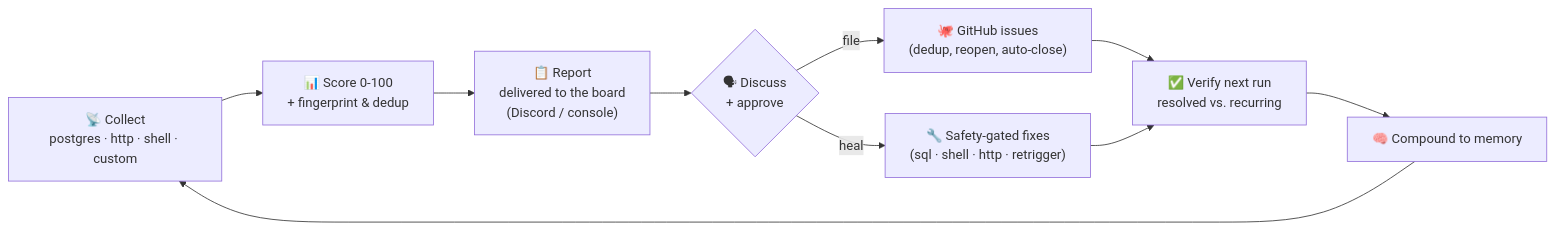
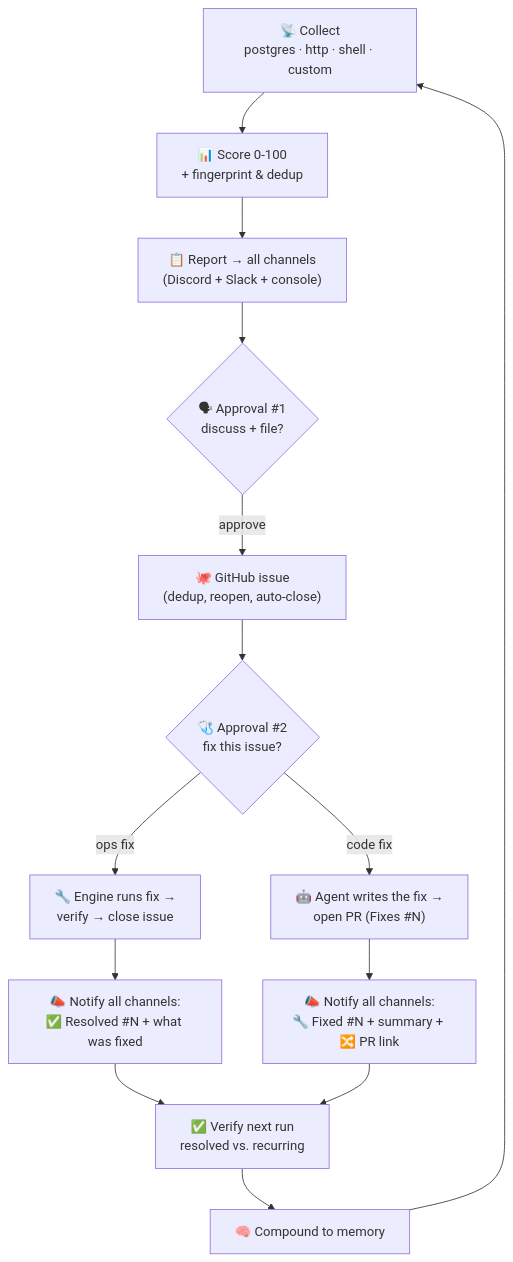
The diagram in README.md (ankit4479/health-check-plugin), drawn with Mermaid before and after one commit. The commit also changed other lines of this file and 14 other files, not shown here.

First line of the commit message:
Add GitHub-issue-driven healer loop, PR creation, and multi-channel delivery

````diff
--- a/README.md
+++ b/README.md
@@ -24,12 +24,16 @@
 ```mermaid
-flowchart LR
+flowchart TB
     C["📡 Collect<br/>postgres · http · shell · custom"] --> S["📊 Score 0-100<br/>+ fingerprint & dedup"]
-    S --> R["📋 Report<br/>delivered to the board<br/>(Discord / console)"]
-    R --> D{"🗣 Discuss<br/>+ approve"}
-    D -->|file| G["🐙 GitHub issues<br/>(dedup, reopen, auto-close)"]
-    D -->|heal| H["🔧 Safety-gated fixes<br/>(sql · shell · http · retrigger)"]
-    G --> V["✅ Verify next run<br/>resolved vs. recurring"]
-    H --> V
+    S --> R["📋 Report → all channels<br/>(Discord + Slack + console)"]
+    R --> D1{"🗣 Approval #1<br/>discuss + file?"}
+    D1 -->|approve| G["🐙 GitHub issue<br/>(dedup, reopen, auto-close)"]
+    G --> D2{"🩺 Approval #2<br/>fix this issue?"}
+    D2 -->|"ops fix"| H["🔧 Engine runs fix →<br/>verify → close issue"]
+    D2 -->|"code fix"| A["🤖 Agent writes the fix →<br/>open PR (Fixes #N)"]
+    H --> N["📣 Notify all channels:<br/>✅ Resolved #N + what was fixed"]
+    A --> NP["📣 Notify all channels:<br/>🔧 Fixed #N + summary + 🔀 PR link"]
+    N --> V["✅ Verify next run<br/>resolved vs. recurring"]
+    NP --> V
     V --> M["🧠 Compound to memory"]
     M --> C
 ```
````
